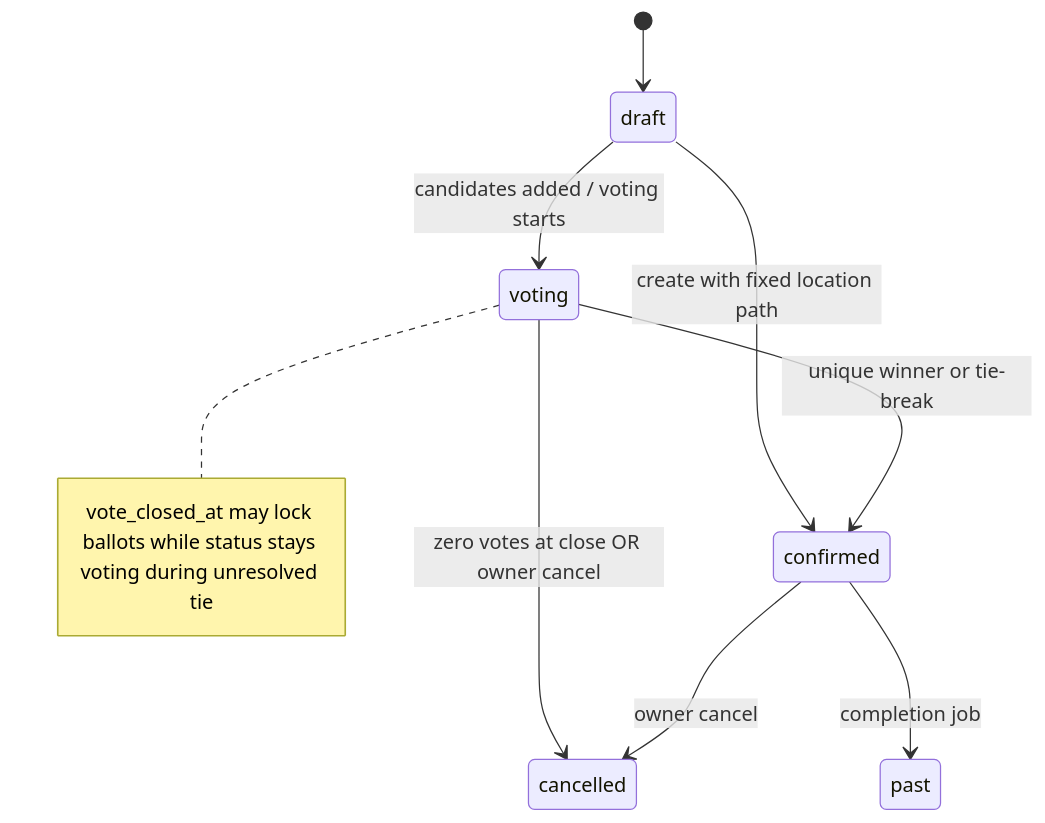
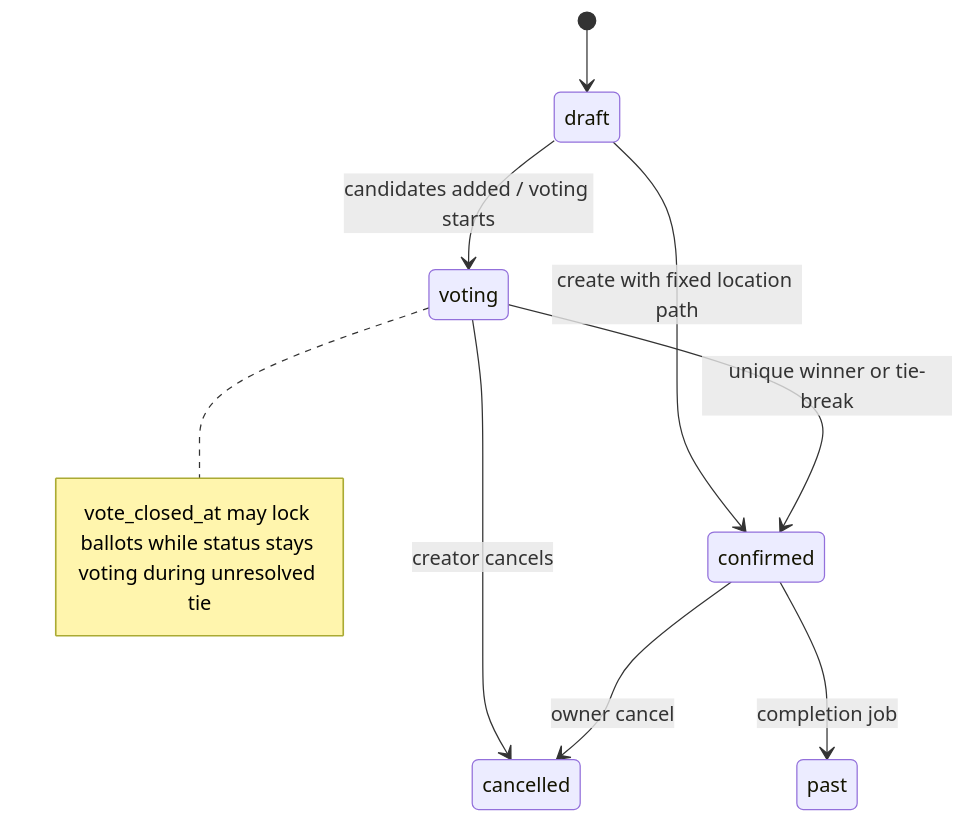
Before and after one commit to MohamedMSalah/yalla5roga: the diagram in docs/BUSINESS_LOGIC.md, drawn with Mermaid. The commit also changed other lines of this file and 77 other files, not shown here.

````diff
--- a/docs/BUSINESS_LOGIC.md
+++ b/docs/BUSINESS_LOGIC.md
@@ -47,11 +47,11 @@
 ```mermaid
 stateDiagram-v2
   [*] --> draft
   draft --> voting: candidates added / voting starts
   draft --> confirmed: create with fixed location path
   voting --> confirmed: unique winner or tie-break
-  voting --> cancelled: zero votes at close OR owner cancel
+  voting --> cancelled: creator cancels
   confirmed --> cancelled: owner cancel
   confirmed --> past: completion job
   note right of voting: vote_closed_at may lock ballots while status stays voting during unresolved tie
 ```
````
